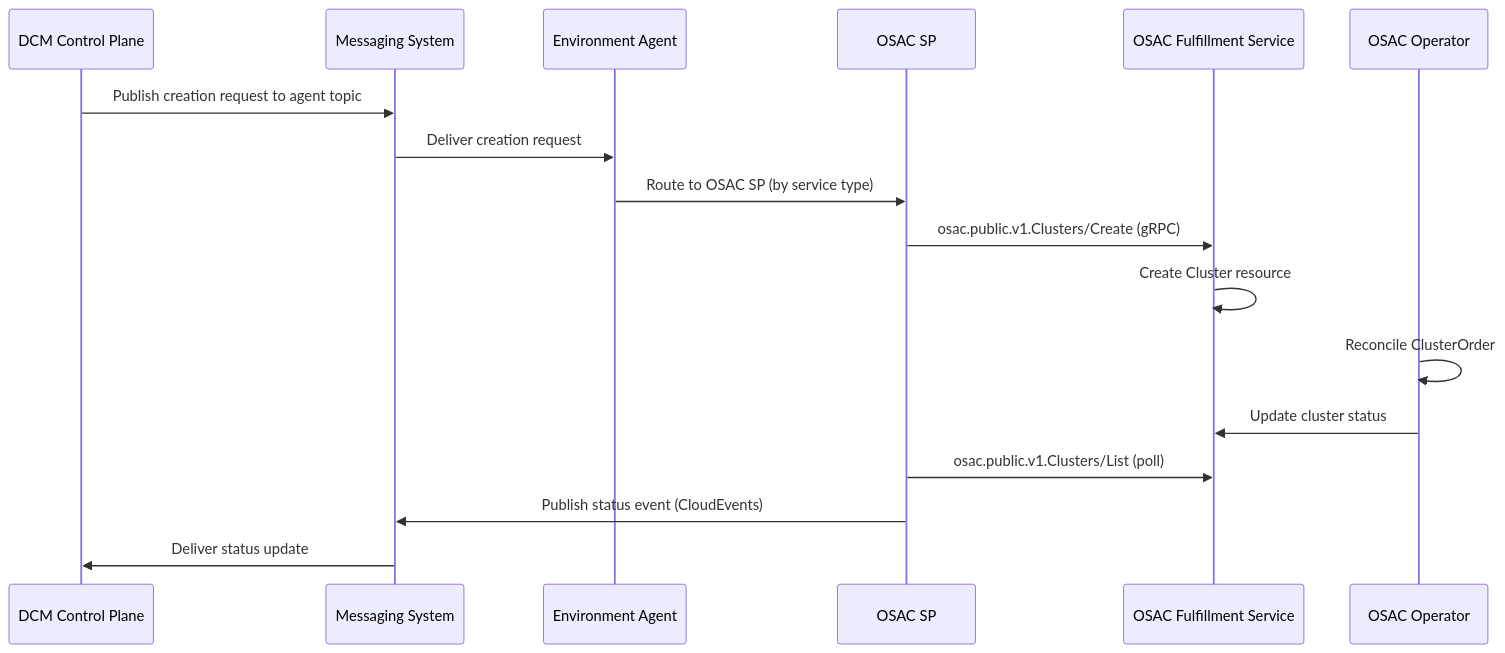
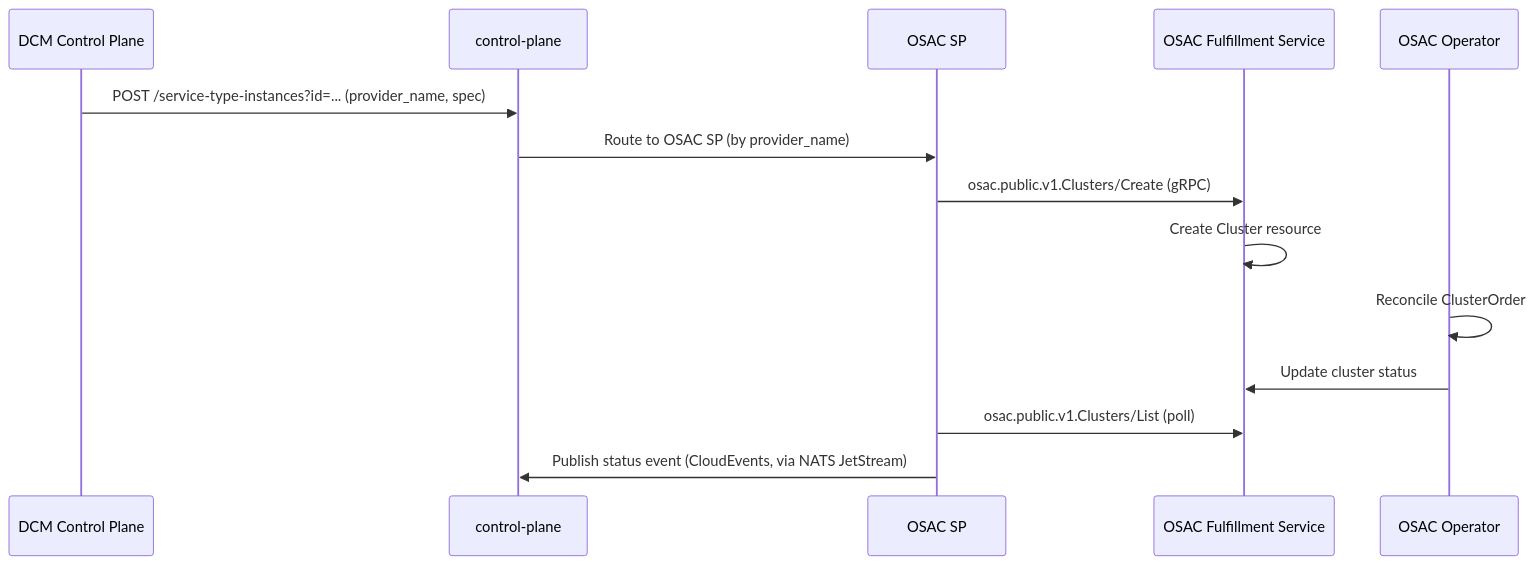
One commit to dcm-project/enhancements changed the second of 7 diagrams in enhancements/osac-sp/osac-sp.md. Above: the diagram before and after it, drawn with Mermaid. The commit also changed other lines of this file, not shown here.

````diff
--- a/enhancements/osac-sp/osac-sp.md
+++ b/enhancements/osac-sp/osac-sp.md
@@ -231,20 +294,17 @@
 ```mermaid
 sequenceDiagram
     participant DCM as DCM Control Plane
-    participant MS as Messaging System
-    participant AG as Environment Agent
+    participant CP as control-plane
     participant SP as OSAC SP
     participant FS as OSAC Fulfillment Service
     participant OP as OSAC Operator
 
-    DCM->>MS: Publish creation request to agent topic
-    MS->>AG: Deliver creation request
-    AG->>SP: Route to OSAC SP (by service type)
+    DCM->>CP: POST /service-type-instances?id=... (provider_name, spec)
+    CP->>SP: Route to OSAC SP (by provider_name)
     SP->>FS: osac.public.v1.Clusters/Create (gRPC)
     FS->>FS: Create Cluster resource
     OP->>OP: Reconcile ClusterOrder
     OP->>FS: Update cluster status
     SP->>FS: osac.public.v1.Clusters/List (poll)
-    SP->>MS: Publish status event (CloudEvents)
-    MS->>DCM: Deliver status update
+    SP->>CP: Publish status event (CloudEvents, via NATS JetStream)
 ```
````
